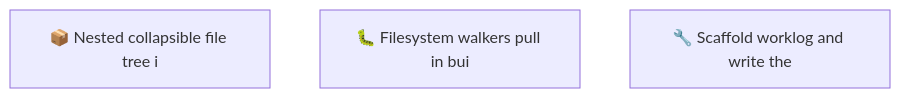
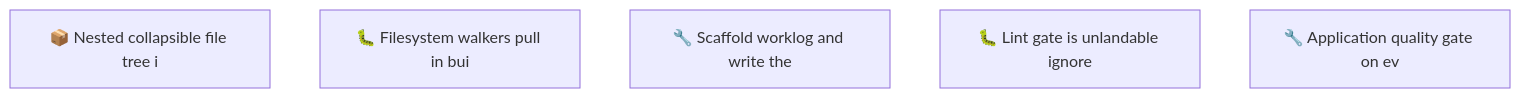
The second of 2 diagrams in docs/roadmap.md (SpillwaveSolutions/okf-forge), drawn with Mermaid before and after one commit. The commit also changed other lines of this file and 9 other files, not shown here.

````diff
--- a/docs/roadmap.md
+++ b/docs/roadmap.md
@@ -61,6 +67,8 @@
 ```mermaid
 graph TD
     01KYZ24K4MKBE0VN4YAZ84V221["📦 Nested collapsible file tree i"]
     01KYZ24K90F9SS04CRSJRB65R4["🐛 Filesystem walkers pull in bui"]
     01KYZ27EFFB9MG32Y3YVFHRTND["🔧 Scaffold worklog and write the"]
+    01KYZ8TZY5GARKJKNC5NC1PE75["🐛 Lint gate is unlandable ignore"]
+    01KYZ8V02N7W42QKDHYFK9ZS70["🔧 Application quality gate on ev"]
 ```
````
